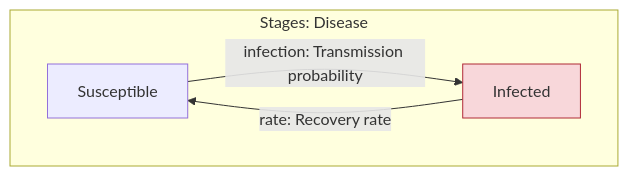
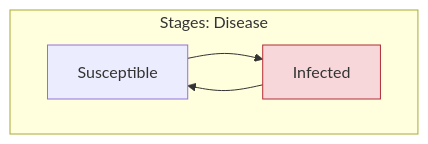
One commit to UofUEpiBio/epiworldpy changed the diagram in epiworldpy/include/epiworld/models/sis.mmd. Above: the diagram before and after it, drawn with Mermaid. The commit also changed 16 other files, not shown here.

First line of the commit message:
Port epiworld NH-close: diagrams without transition labels (UofUEpiBio/epiworld#370)

```diff
--- a/epiworldpy/include/epiworld/models/sis.mmd
+++ b/epiworldpy/include/epiworld/models/sis.mmd
@@ -1,12 +1,12 @@
 %% Drawn from the model's declarations by `make diagrams`; do not edit.
 flowchart LR
     subgraph stages["Stages: Disease"]
         direction LR
         s0["Susceptible"]
         s1["Infected"]:::infectious
-        s0 -->|"infection: Transmission probability"| s1
-        s1 -->|"rate: Recovery rate"| s0
+        s0 --> s1
+        s1 --> s0
     end
     classDef infectious fill:#f8d7da,stroke:#b02a37
     classDef carrier fill:#fff3cd,stroke:#997404
     classDef away fill:#e2e3e5,stroke:#6c757d
```
